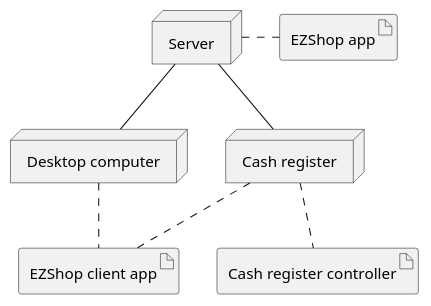
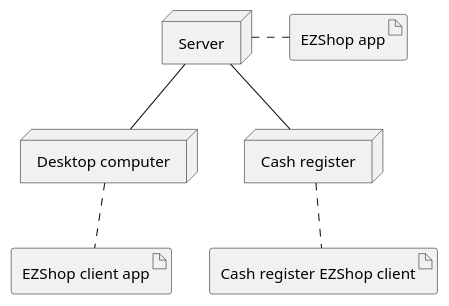
Before and after one commit to BMike10/EzShop: the fifth of 5 diagrams in Deliverables/RequirementsDocument.md, drawn with PlantUML. The commit also changed other lines of this file and 2 other files, not shown here.

```diff
--- a/Deliverables/RequirementsDocument.md
+++ b/Deliverables/RequirementsDocument.md
@@ -796,20 +1144,19 @@
 	@startuml deployment_diagram
 		node Server
 		node "Desktop computer" as Computer
 		' cash register is only if we decide it is internal
 		node "Cash register" as cr
 
 		artifact "EZShop app" as app
 		artifact "EZShop client app" as cApp
 
 		Server . app
 		Computer .. cApp
 
 		Server -- Computer
 
 		' Only if Cash register internal
-		artifact "Cash register controller" as crc
+		artifact "Cash register EZShop client" as crc
 		cr .. crc
-		cr .. cApp
 		Server -- cr
 	@enduml
```
